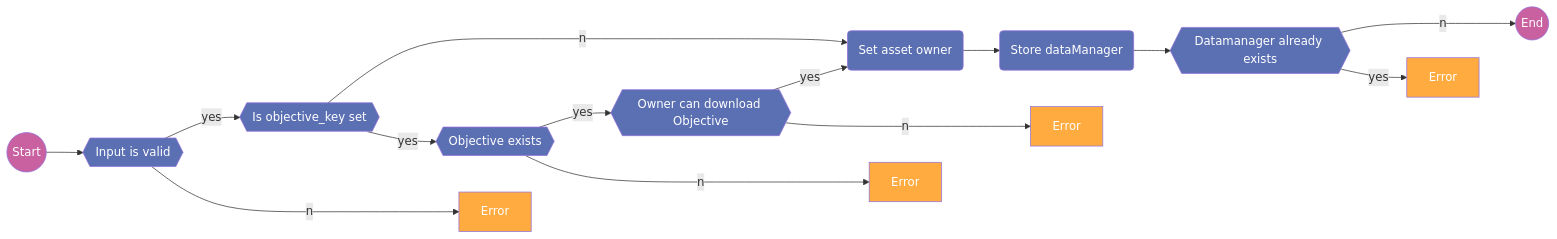
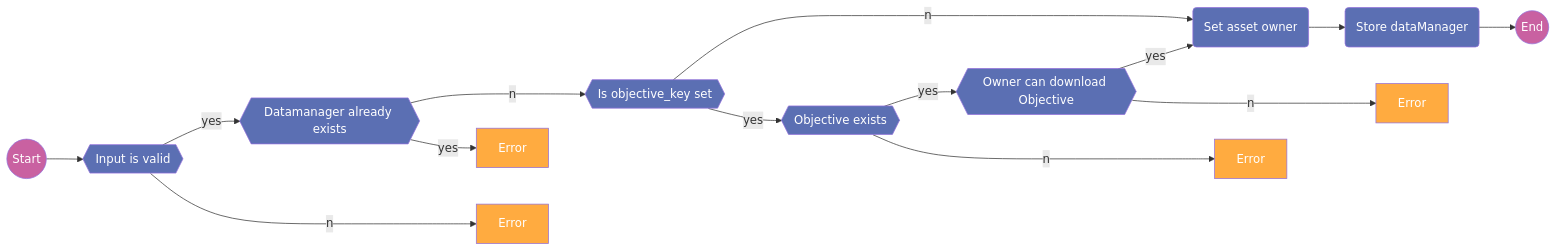
One commit to Substra/orchestrator changed the diagram in docs/assets/schemas/datamanager.register.mmd. Above: the diagram before and after it, drawn with Mermaid. The commit also changed 10 other files, not shown here.

```diff
--- a/docs/assets/schemas/datamanager.register.mmd
+++ b/docs/assets/schemas/datamanager.register.mmd
@@ -1,53 +1,53 @@
 graph LR
 %% Nodes definition
 start((Start))
 
 input_valid{{Input is valid}}
 err_input_valid[Error]
 
 dm_exists{{Datamanager already exists}}
 err_dm_exists[Error]
 
 obj_owner{{Owner can download Objective}}
 err_obj_owner[Error]
 
 set_owner(Set asset owner)
 
 obj_set{{Is objective_key set}}
 
 store_dm(Store dataManager)
 
 obj_exists{{Objective exists}}
 err_obj_exists[Error]
 
 End1((End))
 
 %% Dependency graph
 start --> input_valid
 
-input_valid --yes--> obj_set
+input_valid --yes--> dm_exists
 input_valid --no--> err_input_valid
+
+dm_exists --no--> obj_set
+dm_exists --yes--> err_dm_exists
 
 obj_set --no--> set_owner
 obj_set --yes--> obj_exists
 
 obj_exists --yes--> obj_owner
 obj_exists --no--> err_obj_exists
 
 obj_owner --yes--> set_owner
 obj_owner --no--> err_obj_owner
 
 set_owner --> store_dm
 
-store_dm --> dm_exists
-
-dm_exists --no--> End1
-dm_exists --yes--> err_dm_exists
+store_dm --> End1
 
 %% Style
 classDef default fill:#5b6fb3,color:#ffffff;
 classDef startEnd fill:#C961A1,color:#ffffff;
 classDef error fill:#ffab40,color:#ffffff;
 
 class start,End1 startEnd;
 class err_input_valid,err_dm_exists,err_obj_exists,err_obj_owner error;
```
